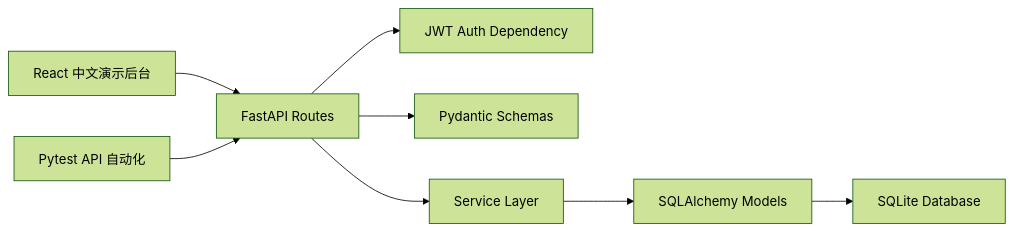
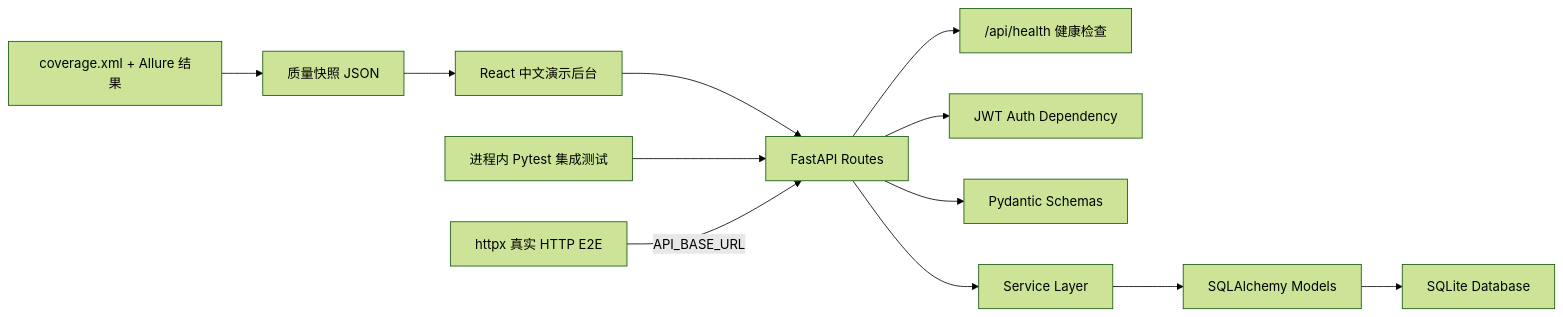
One commit to 54sbkyc/fastapi-order-quality-gate changed the first of 3 diagrams in docs/architecture.md. Above: the diagram before and after it, drawn with Mermaid (forest theme). The commit also changed other lines of this file and 10 other files, not shown here.

````diff
--- a/docs/architecture.md
+++ b/docs/architecture.md
@@ -5,10 +5,14 @@
 ```mermaid
 flowchart LR
     Frontend["React 中文演示后台"] --> Routes["FastAPI Routes"]
-    Client["Pytest API 自动化"] --> Routes
+    Client["进程内 Pytest 集成测试"] --> Routes
+    LiveClient["httpx 真实 HTTP E2E"] -->|"API_BASE_URL"| Routes
+    Routes --> Health["/api/health 健康检查"]
     Routes --> Security["JWT Auth Dependency"]
     Routes --> Schemas["Pydantic Schemas"]
     Routes --> Services["Service Layer"]
     Services --> Models["SQLAlchemy Models"]
     Models --> DB["SQLite Database"]
+    Coverage["coverage.xml + Allure 结果"] --> Snapshot["质量快照 JSON"]
+    Snapshot --> Frontend
 ```
````
